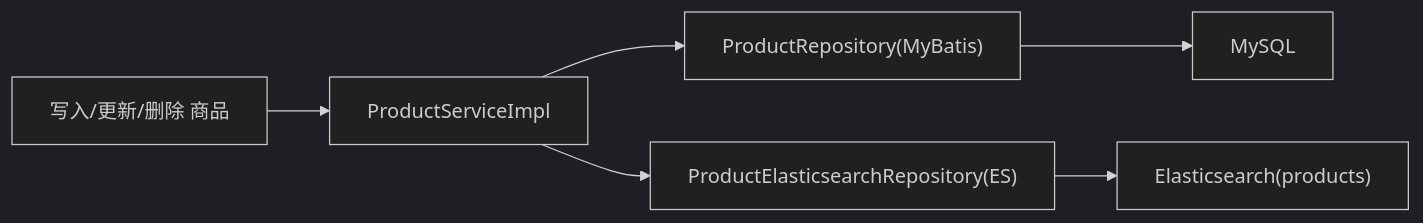
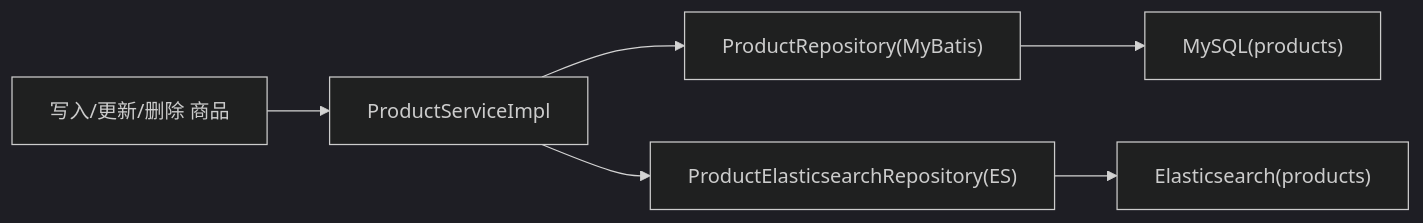
The tenth of 13 diagrams in .qoder/repowiki/zh/content/后端架构设计/商品服务/商品服务.md (haohailiang/qoder-fullstack), drawn with Mermaid (dark theme) before and after one commit. The commit also changed other lines of this file and 45 other files, not shown here.

````diff
--- a/.qoder/repowiki/zh/content/后端架构设计/商品服务/商品服务.md
+++ b/.qoder/repowiki/zh/content/后端架构设计/商品服务/商品服务.md
@@ -336,8 +453,8 @@
 ```mermaid
 flowchart LR
 A["写入/更新/删除 商品"] --> B["ProductServiceImpl"]
 B --> C["ProductRepository(MyBatis)"]
 B --> D["ProductElasticsearchRepository(ES)"]
-C --> E["MySQL"]
+C --> E["MySQL(products)"]
 D --> F["Elasticsearch(products)"]
 ```
````
